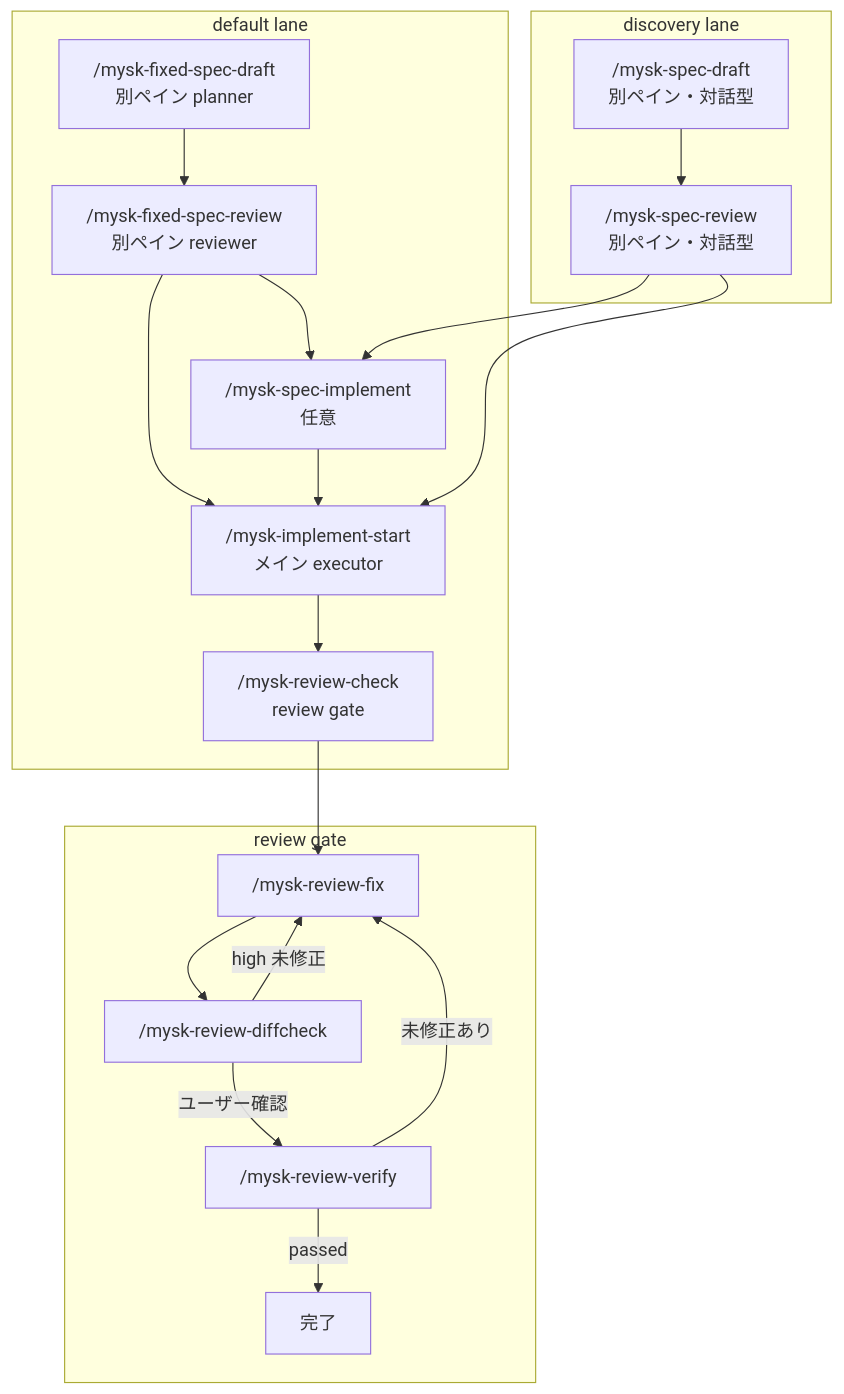
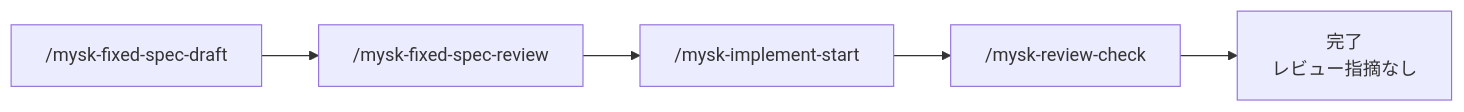
Before and after one commit to ainoobmenpg/claude-code-myskills: the first of 3 diagrams in docs/workflow.md, drawn with Mermaid. The commit also changed other lines of this file and 1 other file, not shown here.

Commit message:
docs: simplify workflow diagrams

````diff
--- a/docs/workflow.md
+++ b/docs/workflow.md
@@ -7,25 +7,7 @@
 ```mermaid
-graph TD
-    subgraph lane_default["default lane"]
-        FSD["/mysk-fixed-spec-draft<br/>別ペイン planner"] --> FSR["/mysk-fixed-spec-review<br/>別ペイン reviewer"]
-        FSR --> IS["/mysk-implement-start<br/>メイン executor"]
-        FSR --> SI["/mysk-spec-implement<br/>任意"]
-        SI --> IS
-        IS --> RC["/mysk-review-check<br/>review gate"]
-    end
-
-    subgraph lane_discovery["discovery lane"]
-        SD["/mysk-spec-draft<br/>別ペイン・対話型"] --> SR["/mysk-spec-review<br/>別ペイン・対話型"]
-        SR --> IS
-        SR --> SI
-    end
-
-    subgraph lane_review["review gate"]
-        RC --> RF["/mysk-review-fix"]
-        RF --> DC["/mysk-review-diffcheck"]
-        DC -->|high 未修正| RF
-        DC -->|ユーザー確認| RV["/mysk-review-verify"]
-        RV -->|未修正あり| RF
-        RV -->|passed| DONE["完了"]
-    end
+graph LR
+    A["/mysk-fixed-spec-draft"] --> B["/mysk-fixed-spec-review"]
+    B --> C["/mysk-implement-start"]
+    C --> D["/mysk-review-check"]
+    D --> E["完了<br/>レビュー指摘なし"]
 ```
````
